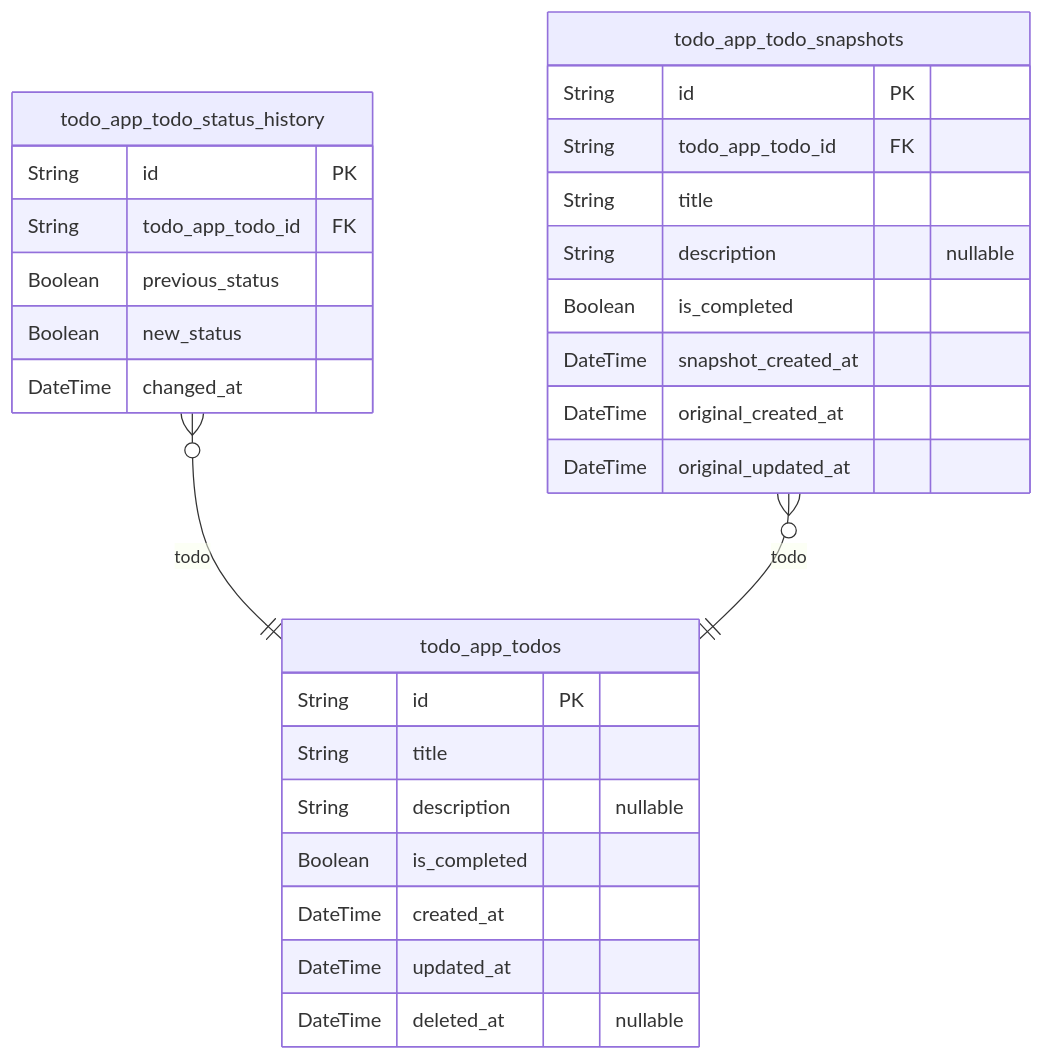
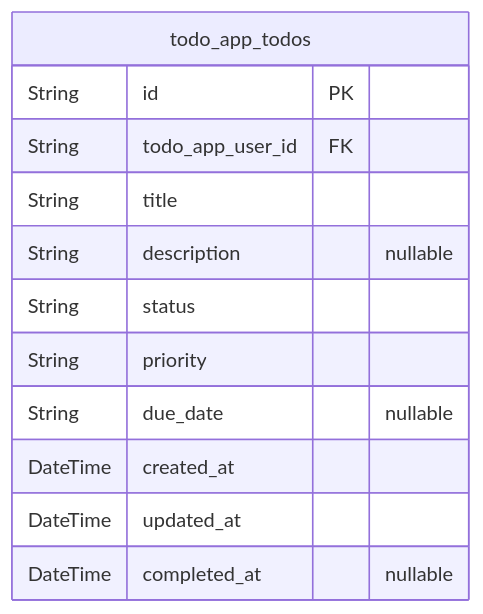
Before and after one commit to wrtnlabs/autobe-examples: the second of 2 diagrams in anthropic/claude-haiku-4.5/todo/docs/ERD.md, drawn with Mermaid. The commit also changed other lines of this file and 16146 other files, not shown here.

````diff
--- a/anthropic/claude-haiku-4.5/todo/docs/ERD.md
+++ b/anthropic/claude-haiku-4.5/todo/docs/ERD.md
@@ -412,31 +257,15 @@
 ```mermaid
 erDiagram
 "todo_app_todos" {
   String id PK
+  String todo_app_user_id FK
   String title
   String description "nullable"
-  Boolean is_completed
+  String status
+  String priority
+  String due_date "nullable"
   DateTime created_at
   DateTime updated_at
-  DateTime deleted_at "nullable"
+  DateTime completed_at "nullable"
 }
-"todo_app_todo_status_history" {
-  String id PK
-  String todo_app_todo_id FK
-  Boolean previous_status
-  Boolean new_status
-  DateTime changed_at
-}
-"todo_app_todo_snapshots" {
-  String id PK
-  String todo_app_todo_id FK
-  String title
-  String description "nullable"
-  Boolean is_completed
-  DateTime snapshot_created_at
-  DateTime original_created_at
-  DateTime original_updated_at
-}
-"todo_app_todo_status_history" }o--|| "todo_app_todos" : todo
-"todo_app_todo_snapshots" }o--|| "todo_app_todos" : todo
 ```
````
